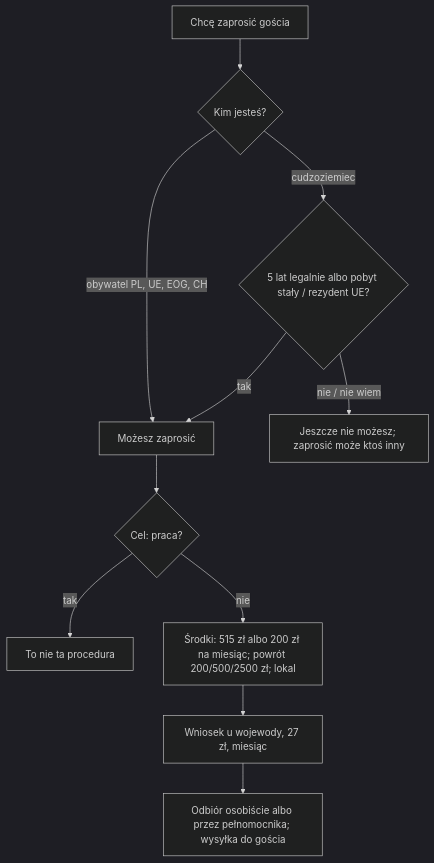
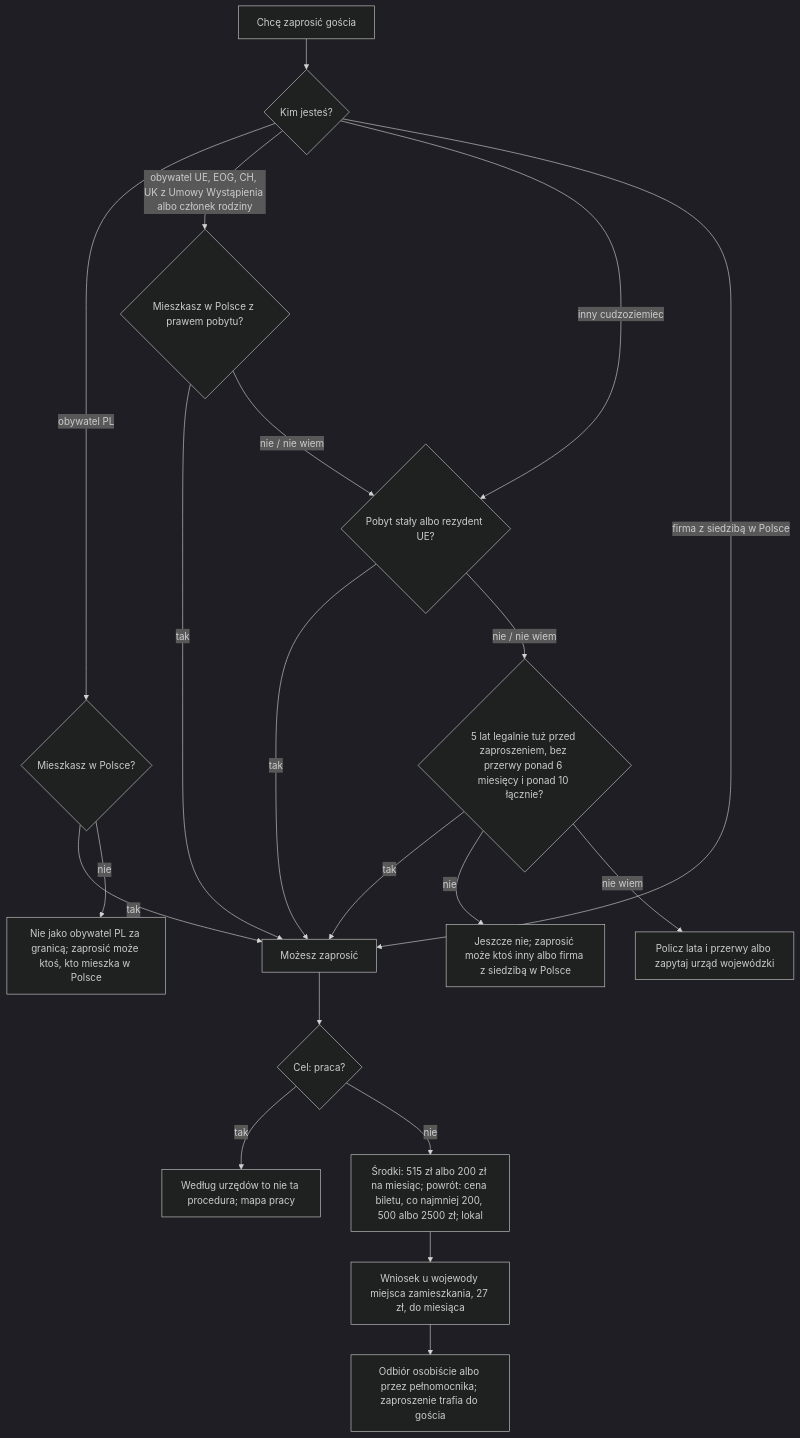
The diagram in docs/formalka-next/maps/invitation.md (wrzalkosowskilukaszz/formalka-next), drawn with Mermaid (dark theme) before and after one commit. The commit also changed other lines of this file and 9 other files, not shown here.

````diff
--- a/docs/formalka-next/maps/invitation.md
+++ b/docs/formalka-next/maps/invitation.md
@@ -57,13 +85,22 @@
 ```mermaid
 flowchart TD
   A[Chcę zaprosić gościa] --> B{Kim jesteś?}
-  B -- obywatel PL, UE, EOG, CH --> C[Możesz zaprosić]
-  B -- cudzoziemiec --> D{5 lat legalnie albo pobyt stały / rezydent UE?}
+  B -- obywatel PL --> P{Mieszkasz w Polsce?}
+  P -- tak --> C[Możesz zaprosić]
+  P -- nie --> X1[Nie jako obywatel PL za granicą; zaprosić może ktoś, kto mieszka w Polsce]
+  B -- obywatel UE, EOG, CH, UK z Umowy Wystąpienia albo członek rodziny --> R{Mieszkasz w Polsce z prawem pobytu?}
+  R -- tak --> C
+  R -- nie / nie wiem --> D
+  B -- inny cudzoziemiec --> D{Pobyt stały albo rezydent UE?}
   D -- tak --> C
-  D -- nie / nie wiem --> X[Jeszcze nie możesz; zaprosić może ktoś inny]
+  D -- nie / nie wiem --> L{5 lat legalnie tuż przed zaproszeniem, bez przerwy ponad 6 miesięcy i ponad 10 łącznie?}
+  L -- tak --> C
+  L -- nie --> X2[Jeszcze nie; zaprosić może ktoś inny albo firma z siedzibą w Polsce]
+  L -- nie wiem --> U[Policz lata i przerwy albo zapytaj urząd wojewódzki]
+  B -- firma z siedzibą w Polsce --> C
   C --> E{Cel: praca?}
-  E -- tak --> W[To nie ta procedura]
-  E -- nie --> F[Środki: 515 zł albo 200 zł na miesiąc; powrót 200/500/2500 zł; lokal]
-  F --> G[Wniosek u wojewody, 27 zł, miesiąc]
-  G --> H[Odbiór osobiście albo przez pełnomocnika; wysyłka do gościa]
+  E -- tak --> W[Według urzędów to nie ta procedura; mapa pracy]
+  E -- nie --> F[Środki: 515 zł albo 200 zł na miesiąc; powrót: cena biletu, co najmniej 200, 500 albo 2500 zł; lokal]
+  F --> G[Wniosek u wojewody miejsca zamieszkania, 27 zł, do miesiąca]
+  G --> H[Odbiór osobiście albo przez pełnomocnika; zaproszenie trafia do gościa]
 ```
````
